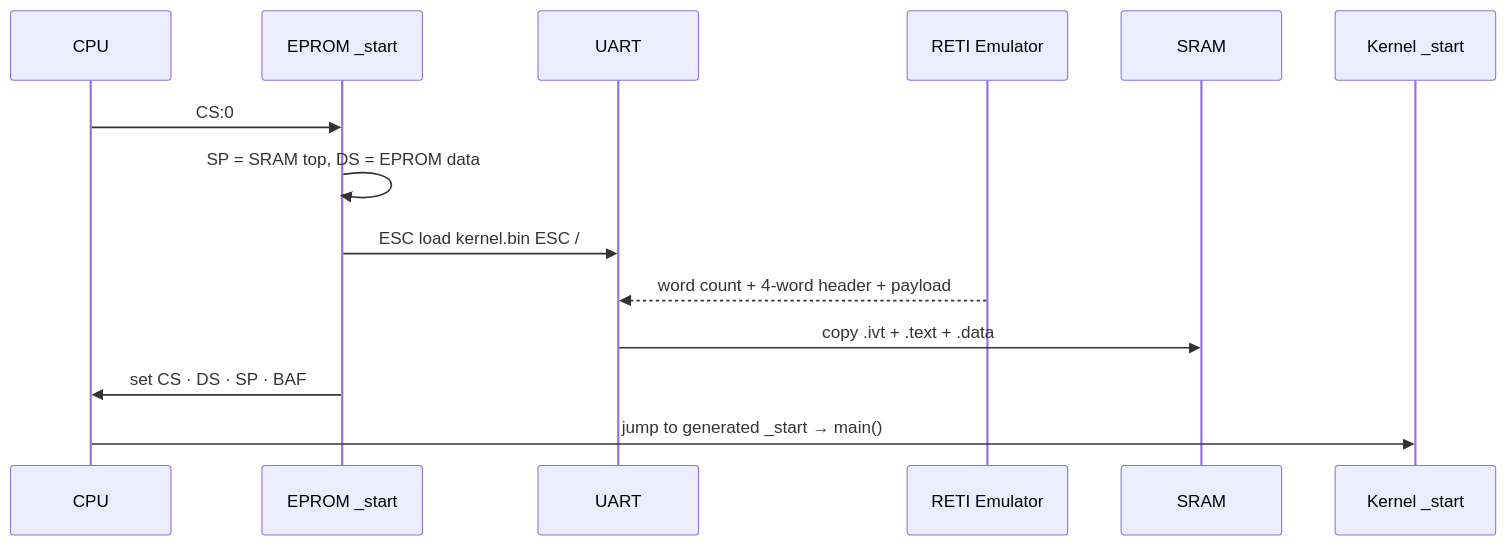
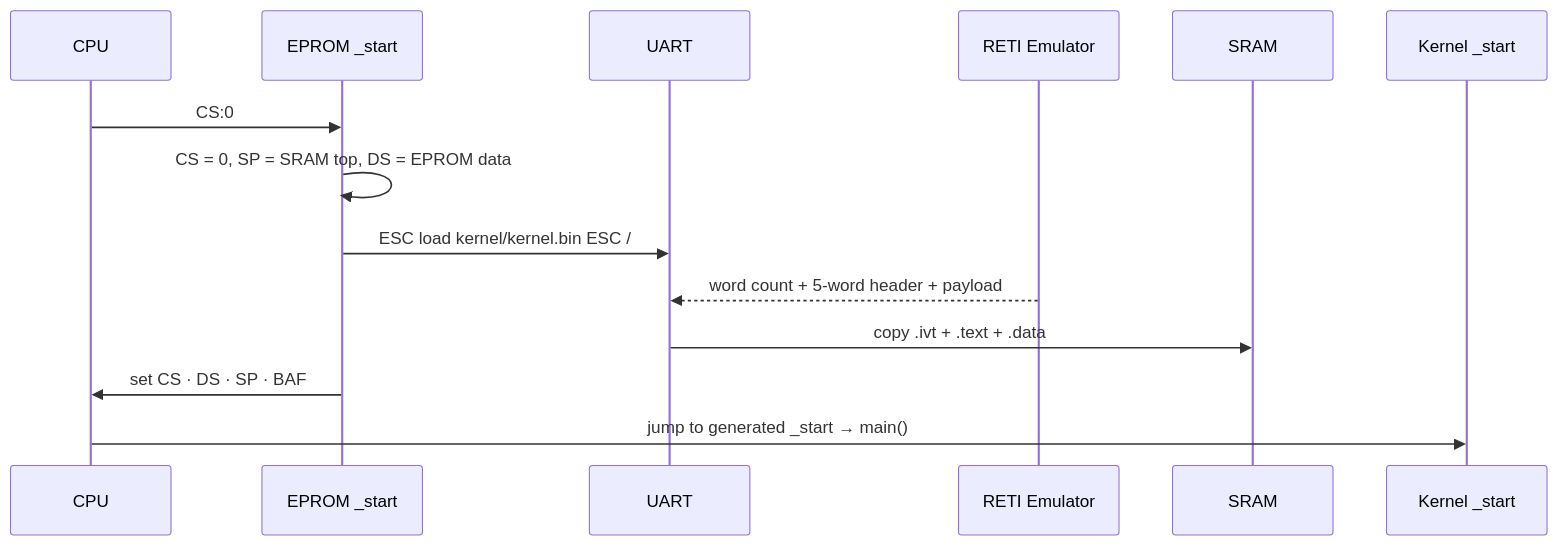
Before and after one commit to matthejue/Pico-OS_Presentation: the second of 8 diagrams in slides.md, drawn with Mermaid. The commit also changed other lines of this file and 7 other files, not shown here.

````diff
--- a/slides.md
+++ b/slides.md
@@ -128,16 +236,16 @@
 ```mermaid
 sequenceDiagram
     participant CPU
     participant EPROM as EPROM _start
     participant UART
     participant Host as RETI Emulator
     participant SRAM
     participant K as Kernel _start
     CPU->>EPROM: CS:0
-    EPROM->>EPROM: SP = SRAM top, DS = EPROM data
-    EPROM->>UART: ESC load kernel.bin ESC /
-    Host-->>UART: word count + 4-word header + payload
+    EPROM->>EPROM: CS = 0, SP = SRAM top, DS = EPROM data
+    EPROM->>UART: ESC load kernel/kernel.bin ESC /
+    Host-->>UART: word count + 5-word header + payload
     UART->>SRAM: copy .ivt + .text + .data
     EPROM->>CPU: set CS · DS · SP · BAF
     CPU->>K: jump to generated _start → main()
 ```
````
